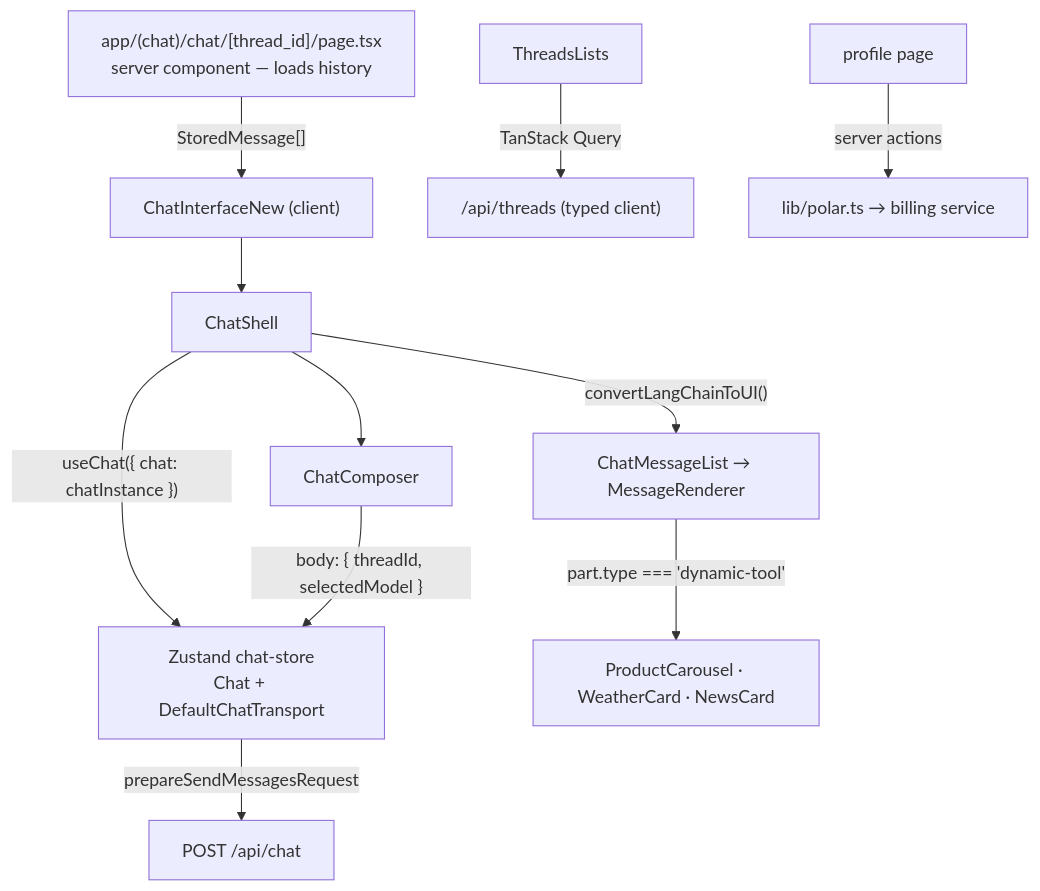
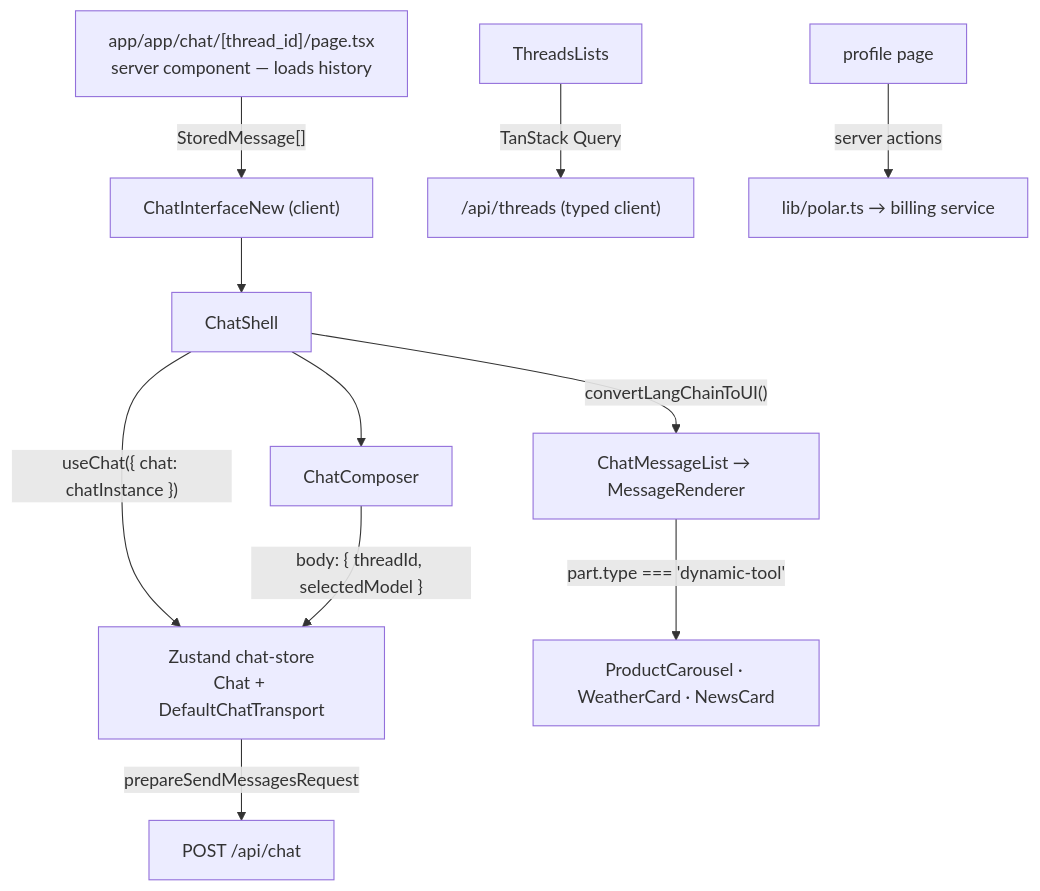
Diagram 12 of 13 in docs/system_design.md (gitdeepaks/aichatwave), drawn with Mermaid before and after one commit. The commit also changed other lines of this file and 15 other files, not shown here.

First line of the commit message:
docs: update project documentation and add architecture guides

````diff
--- a/docs/system_design.md
+++ b/docs/system_design.md
@@ -730,15 +733,15 @@
 ```mermaid
 flowchart TD
-    RSC["app/(chat)/chat/[thread_id]/page.tsx<br/>server component — loads history"]
+    RSC["app/app/chat/[thread_id]/page.tsx<br/>server component — loads history"]
     RSC -->|"StoredMessage[]"| CI["ChatInterfaceNew (client)"]
     CI --> SH["ChatShell"]
     SH -->|"convertLangChainToUI()"| MSG["ChatMessageList → MessageRenderer"]
     SH --> COMP["ChatComposer"]
     SH -->|"useChat({ chat: chatInstance })"| STORE["Zustand chat-store<br/>Chat + DefaultChatTransport"]
     STORE -->|"prepareSendMessagesRequest"| API["POST /api/chat"]
     COMP -->|"body: { threadId, selectedModel }"| STORE
     MSG -->|"part.type === 'dynamic-tool'"| CARDS["ProductCarousel · WeatherCard · NewsCard"]
 
     SIDEBAR["ThreadsLists"] -->|"TanStack Query"| TAPI["/api/threads (typed client)"]
     PROFILE["profile page"] -->|"server actions"| POLARSVC["lib/polar.ts → billing service"]
 ```
````
